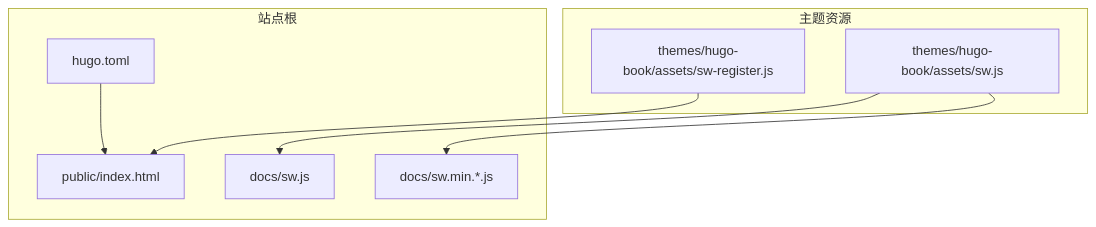
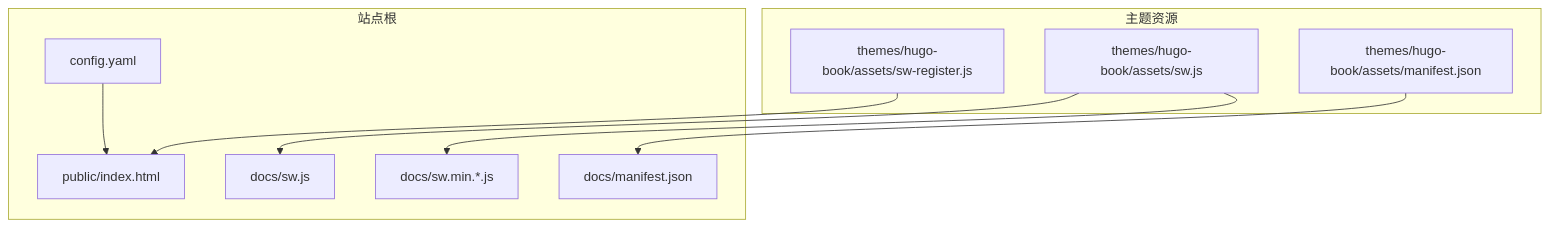
One commit to nianjiang/nianjiang.github.io changed the first of 4 diagrams in .qoder/repowiki/zh/content/主题定制/JavaScript功能扩展/服务工作器集成.md. Above: the diagram before and after it, drawn with Mermaid. The commit also changed other lines of this file and 176 other files, not shown here.

````diff
--- a/.qoder/repowiki/zh/content/主题定制/JavaScript功能扩展/服务工作器集成.md
+++ b/.qoder/repowiki/zh/content/主题定制/JavaScript功能扩展/服务工作器集成.md
@@ -34,17 +46,20 @@
 ```mermaid
 graph TB
 subgraph "站点根"
-A["hugo.toml"]
+A["config.yaml"]
 B["public/index.html"]
 C["docs/sw.js"]
 D["docs/sw.min.*.js"]
+E["docs/manifest.json"]
 end
 subgraph "主题资源"
-E["themes/hugo-book/assets/sw-register.js"]
-F["themes/hugo-book/assets/sw.js"]
+F["themes/hugo-book/assets/sw-register.js"]
+G["themes/hugo-book/assets/sw.js"]
+H["themes/hugo-book/assets/manifest.json"]
 end
 A --> B
-E --> B
-F --> C
-F --> D
+F --> B
+G --> C
+G --> D
+H --> E
 ```
````
